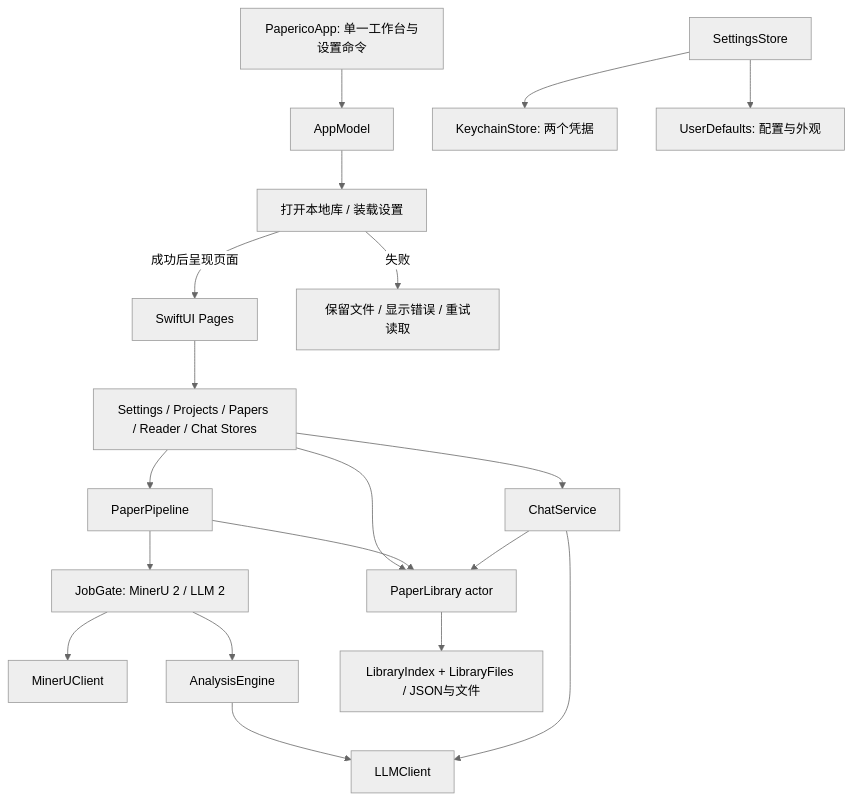
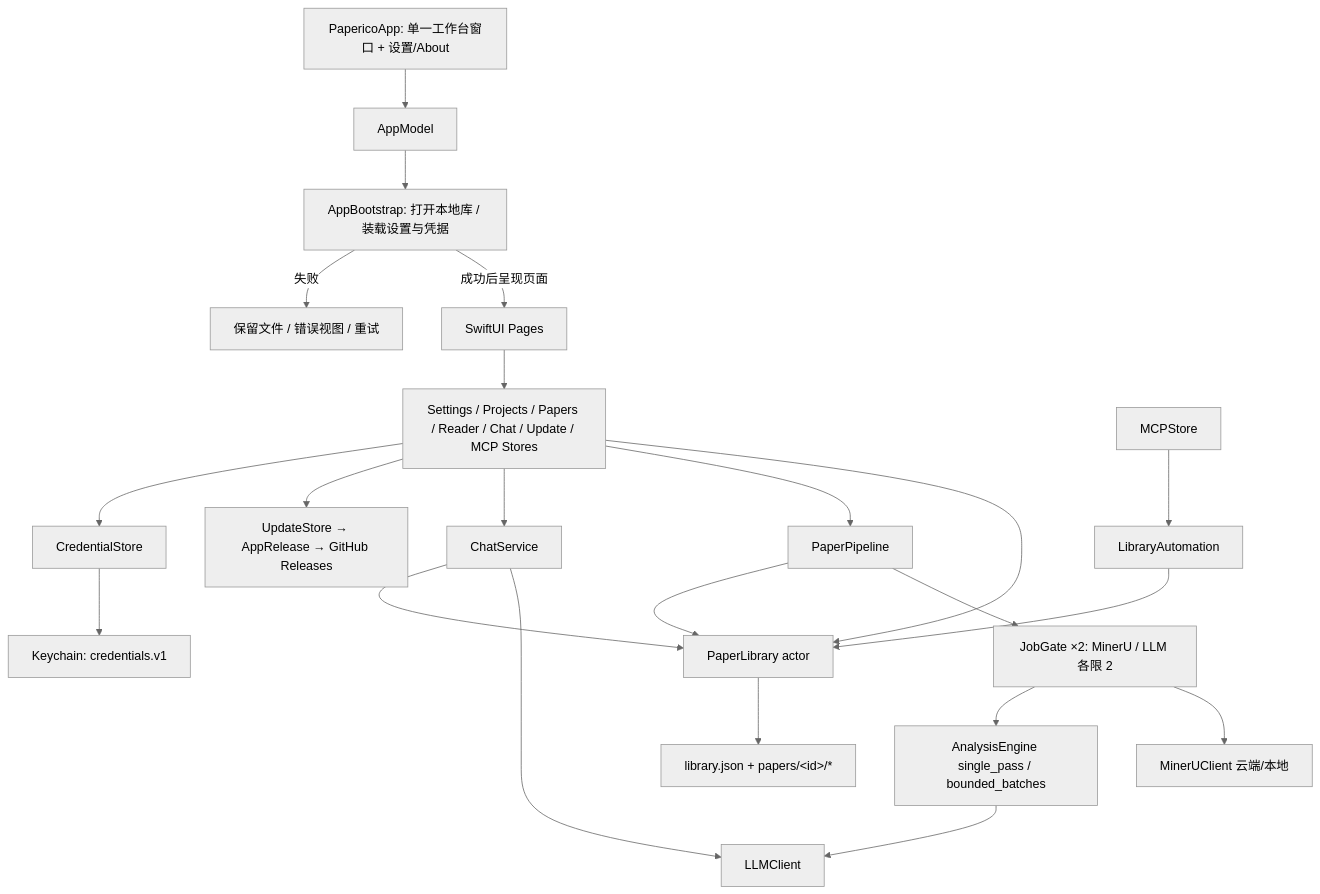
Before and after one commit to juliusloon/paperico: the diagram in docs/architecture.md, drawn with Mermaid (neutral theme). The commit also changed other lines of this file and 1 other file, not shown here.

Commit message:
Rewrite architecture docs for 1.0.1 and keep FULL variant local-only

````diff
--- a/docs/architecture.md
+++ b/docs/architecture.md
@@ -38,21 +42,22 @@
 ```mermaid
 flowchart TD
-    Entry[PapericoApp: 单一工作台与设置命令] --> Model[AppModel]
-    Model --> Bootstrap[打开本地库 / 装载设置]
+    Entry[PapericoApp: 单一工作台窗口 + 设置/About] --> Model[AppModel]
+    Model --> Bootstrap[AppBootstrap: 打开本地库 / 装载设置与凭据]
     Bootstrap -->|成功后呈现页面| UI[SwiftUI Pages]
-    Bootstrap -->|失败| Recovery[保留文件 / 显示错误 / 重试读取]
-    UI --> Stores[Settings / Projects / Papers / Reader / Chat Stores]
+    Bootstrap -->|失败| Recovery[保留文件 / 错误视图 / 重试]
+    UI --> Stores[Settings / Projects / Papers / Reader / Chat / Update / MCP Stores]
     Stores --> Library[PaperLibrary actor]
     Stores --> Pipeline[PaperPipeline]
     Stores --> Chat[ChatService]
-    Pipeline --> Gates[JobGate: MinerU 2 / LLM 2]
-    Gates --> MinerU[MinerUClient]
-    Gates --> Analysis[AnalysisEngine]
+    Stores --> Update[UpdateStore → AppRelease → GitHub Releases]
+    Pipeline --> Gates[JobGate ×2: MinerU / LLM 各限 2]
+    Gates --> MinerU[MinerUClient 云端/本地]
+    Gates --> Analysis[AnalysisEngine single_pass / bounded_batches]
     Analysis --> LLM[LLMClient]
     Chat --> LLM
     Pipeline --> Library
     Chat --> Library
-    Library --> Files[LibraryIndex + LibraryFiles / JSON与文件]
-    Settings[SettingsStore] --> Keychain[KeychainStore: 两个凭据]
-    Settings --> Defaults[UserDefaults: 配置与外观]
+    MCPStore[MCPStore] --> Automation[LibraryAutomation] --> Library
+    Library --> Files[library.json + papers/&lt;id&gt;/*]
+    Stores --> Creds[CredentialStore] --> Keychain[Keychain: credentials.v1]
 ```
````
